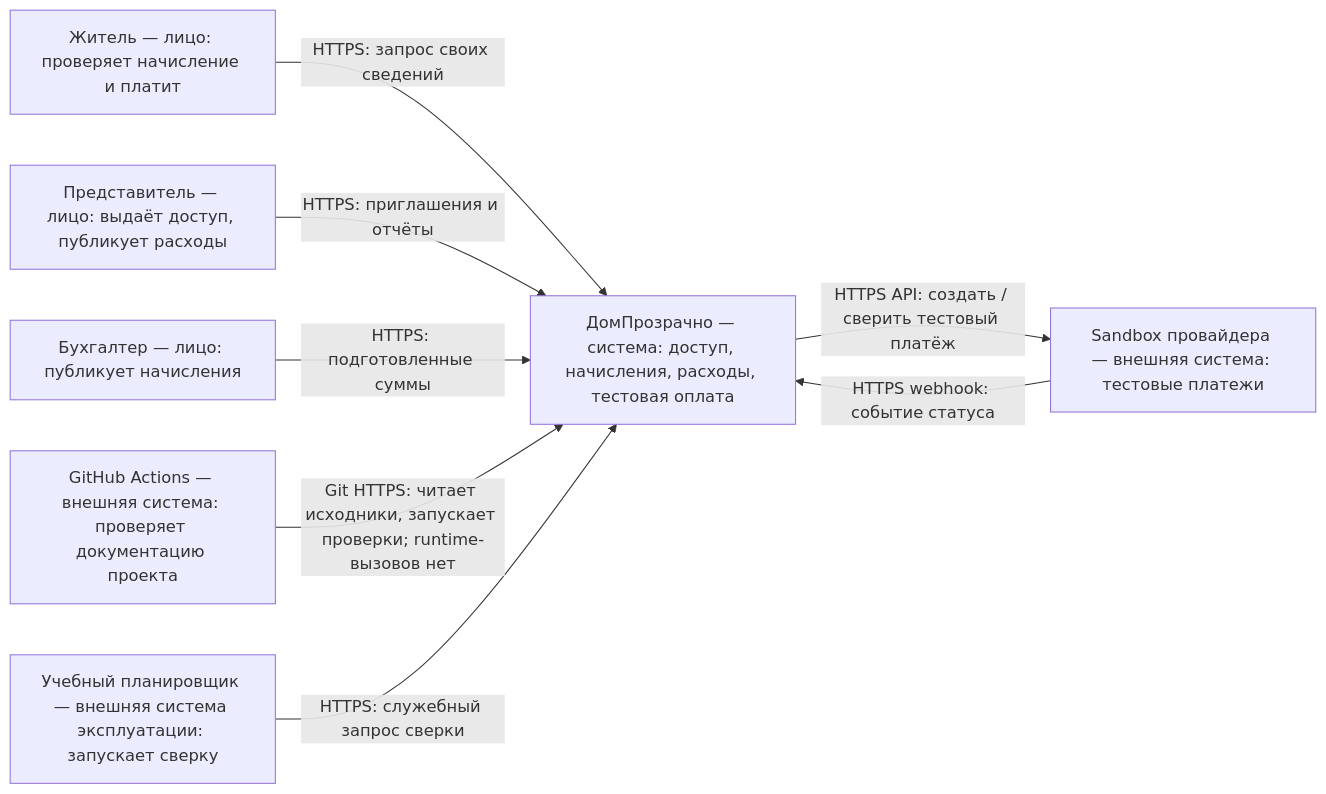
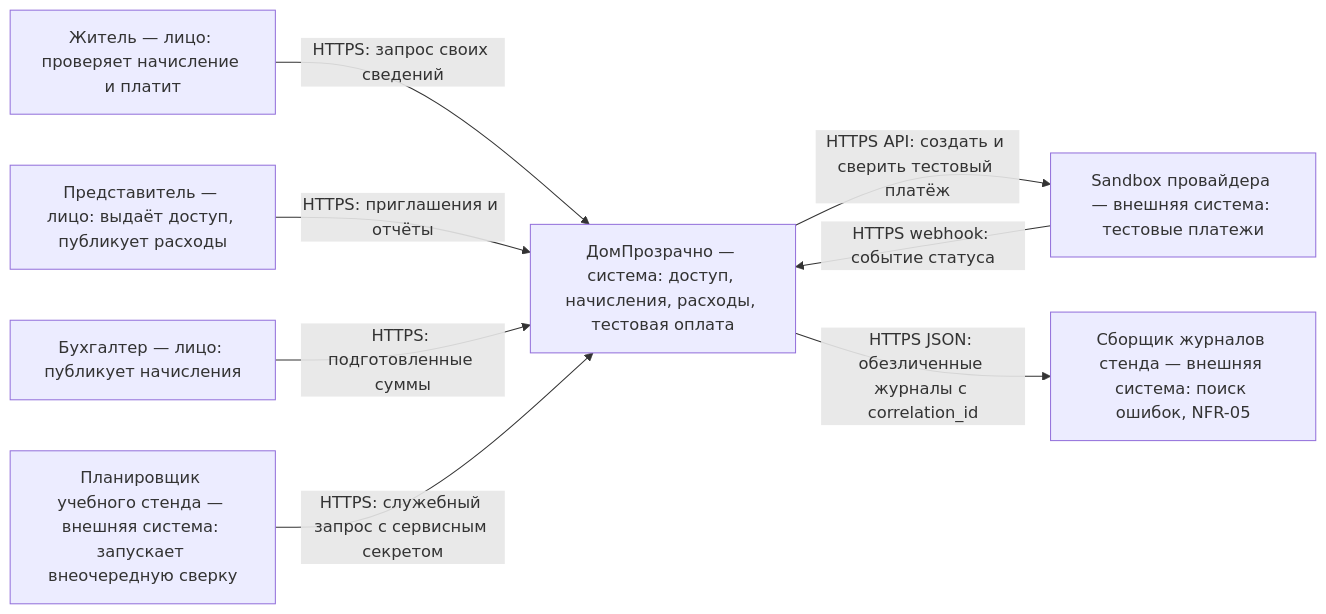
Before and after one commit to PerkaHub/home: the diagram in docs/architecture/c4/context.mmd, drawn with Mermaid. The commit also changed 16 other files, not shown here.

Commit message:
docs(lab2): уточнить метрики и схемы системы

```diff
--- a/docs/architecture/c4/context.mmd
+++ b/docs/architecture/c4/context.mmd
@@ -1,8 +1,8 @@
 flowchart LR
  R["Житель — лицо: проверяет начисление и платит"] -->|"HTTPS: запрос своих сведений"| S["ДомПрозрачно — система: доступ, начисления, расходы, тестовая оплата"]
  A["Представитель — лицо: выдаёт доступ, публикует расходы"] -->|"HTTPS: приглашения и отчёты"| S
  B["Бухгалтер — лицо: публикует начисления"] -->|"HTTPS: подготовленные суммы"| S
- S -->|"HTTPS API: создать / сверить тестовый платёж"| P["Sandbox провайдера — внешняя система: тестовые платежи"]
+ S -->|"HTTPS API: создать и сверить тестовый платёж"| P["Sandbox провайдера — внешняя система: тестовые платежи"]
  P -->|"HTTPS webhook: событие статуса"| S
- G["GitHub Actions — внешняя система: проверяет документацию проекта"] -->|"Git HTTPS: читает исходники, запускает проверки; runtime-вызовов нет"| S
- E["Учебный планировщик — внешняя система эксплуатации: запускает сверку"] -->|"HTTPS: служебный запрос сверки"| S
+ E["Планировщик учебного стенда — внешняя система: запускает внеочередную сверку"] -->|"HTTPS: служебный запрос с сервисным секретом"| S
+ S -->|"HTTPS JSON: обезличенные журналы с correlation_id"| L["Сборщик журналов стенда — внешняя система: поиск ошибок, NFR-05"]
```
